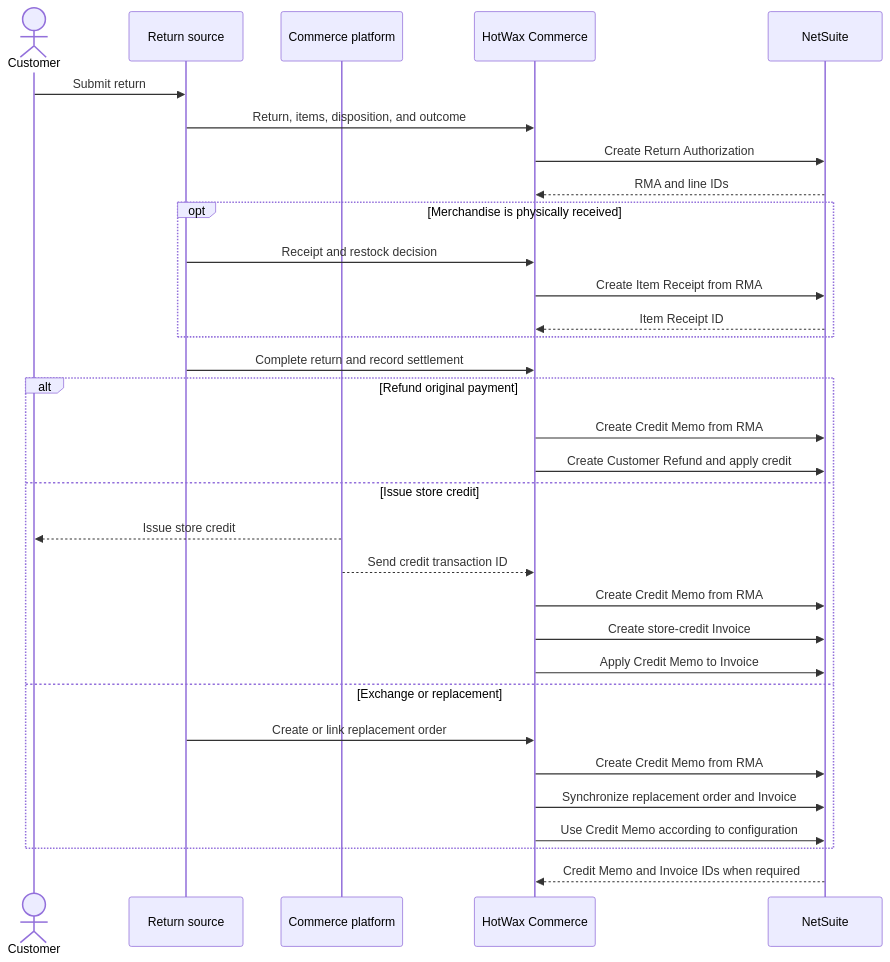
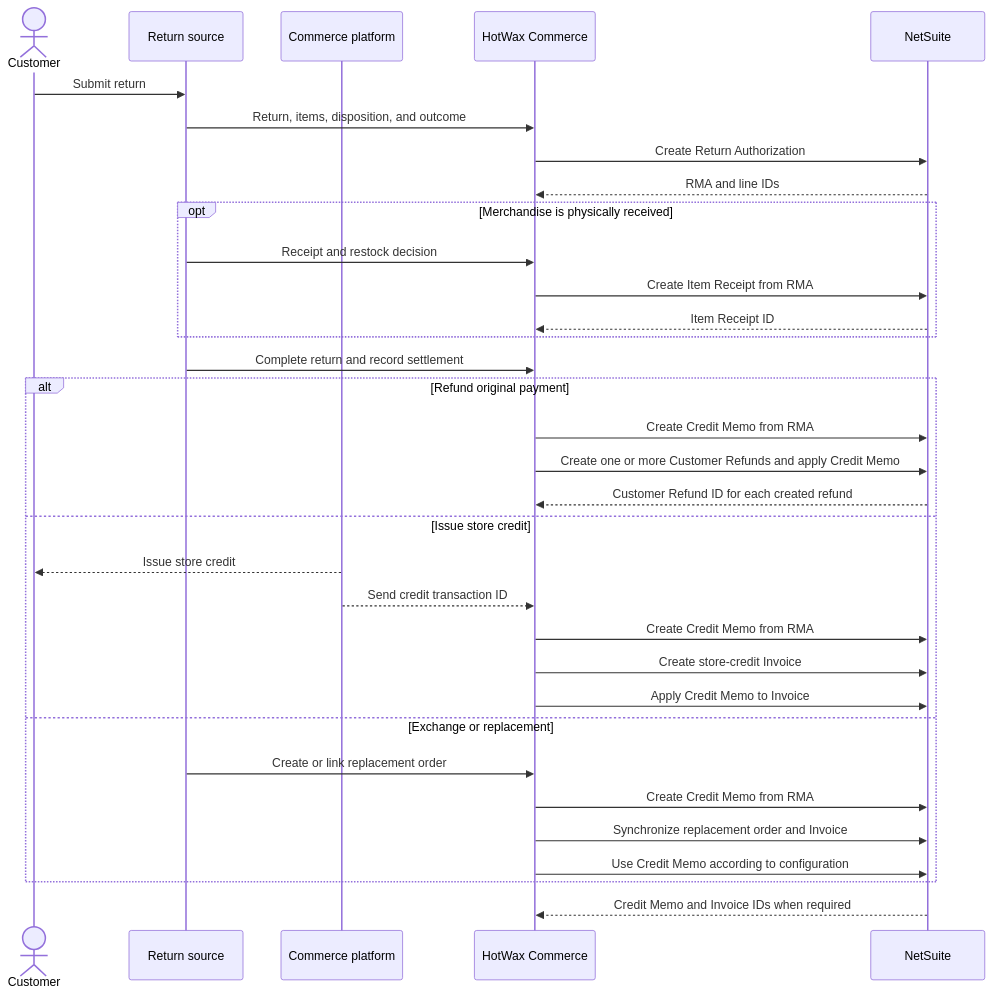
One commit to hotwax/oms-documentation changed the third of 3 diagrams in documents/learn-netsuite/integration-flows/returns/README.md. Above: the diagram before and after it, drawn with Mermaid. The commit also changed other lines of this file and 1 other file, not shown here.

Commit message:
Address NetSuite return review feedback

````diff
--- a/documents/learn-netsuite/integration-flows/returns/README.md
+++ b/documents/learn-netsuite/integration-flows/returns/README.md
@@ -167,39 +169,40 @@
 ```mermaid
 sequenceDiagram
     actor Customer
     participant Source as Return source
     participant Commerce as Commerce platform
     participant HotWax as HotWax Commerce
     participant NetSuite
 
     Customer->>Source: Submit return
     Source->>HotWax: Return, items, disposition, and outcome
     HotWax->>NetSuite: Create Return Authorization
     NetSuite-->>HotWax: RMA and line IDs
 
     opt Merchandise is physically received
         Source->>HotWax: Receipt and restock decision
         HotWax->>NetSuite: Create Item Receipt from RMA
         NetSuite-->>HotWax: Item Receipt ID
     end
 
     Source->>HotWax: Complete return and record settlement
 
     alt Refund original payment
         HotWax->>NetSuite: Create Credit Memo from RMA
-        HotWax->>NetSuite: Create Customer Refund and apply credit
+        HotWax->>NetSuite: Create one or more Customer Refunds and apply Credit Memo
+        NetSuite-->>HotWax: Customer Refund ID for each created refund
     else Issue store credit
         Commerce-->>Customer: Issue store credit
         Commerce-->>HotWax: Send credit transaction ID
         HotWax->>NetSuite: Create Credit Memo from RMA
         HotWax->>NetSuite: Create store-credit Invoice
         HotWax->>NetSuite: Apply Credit Memo to Invoice
     else Exchange or replacement
         Source->>HotWax: Create or link replacement order
         HotWax->>NetSuite: Create Credit Memo from RMA
         HotWax->>NetSuite: Synchronize replacement order and Invoice
         HotWax->>NetSuite: Use Credit Memo according to configuration
     end
 
     NetSuite-->>HotWax: Credit Memo and Invoice IDs when required
 ```
````
